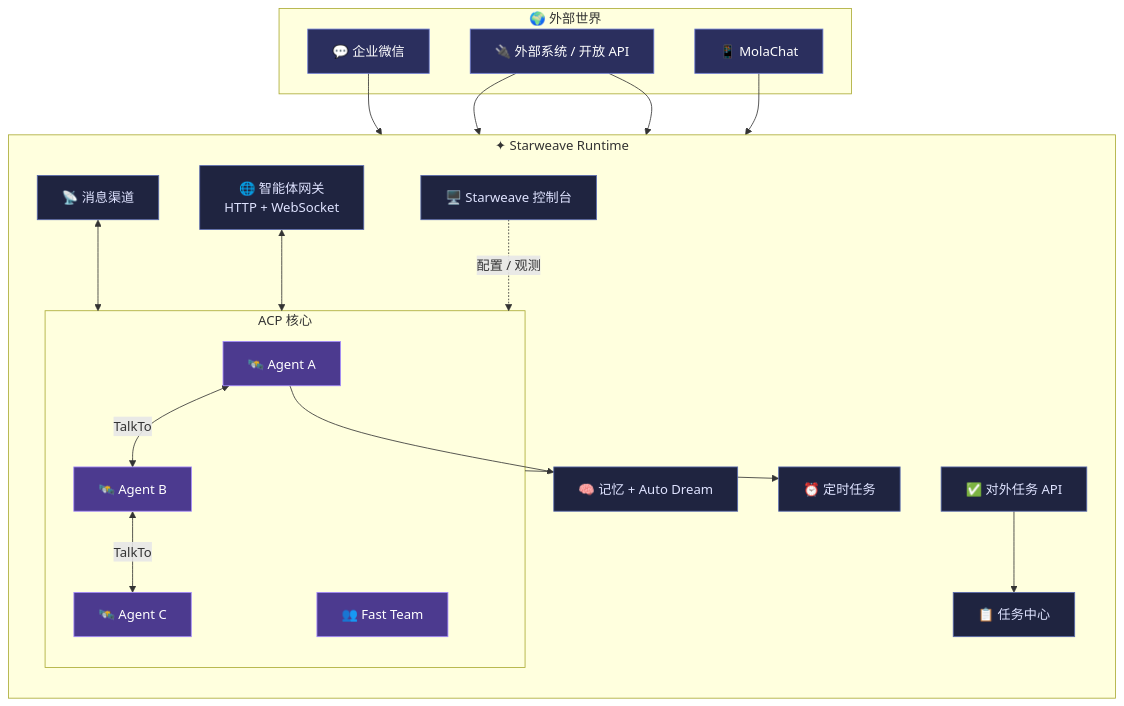
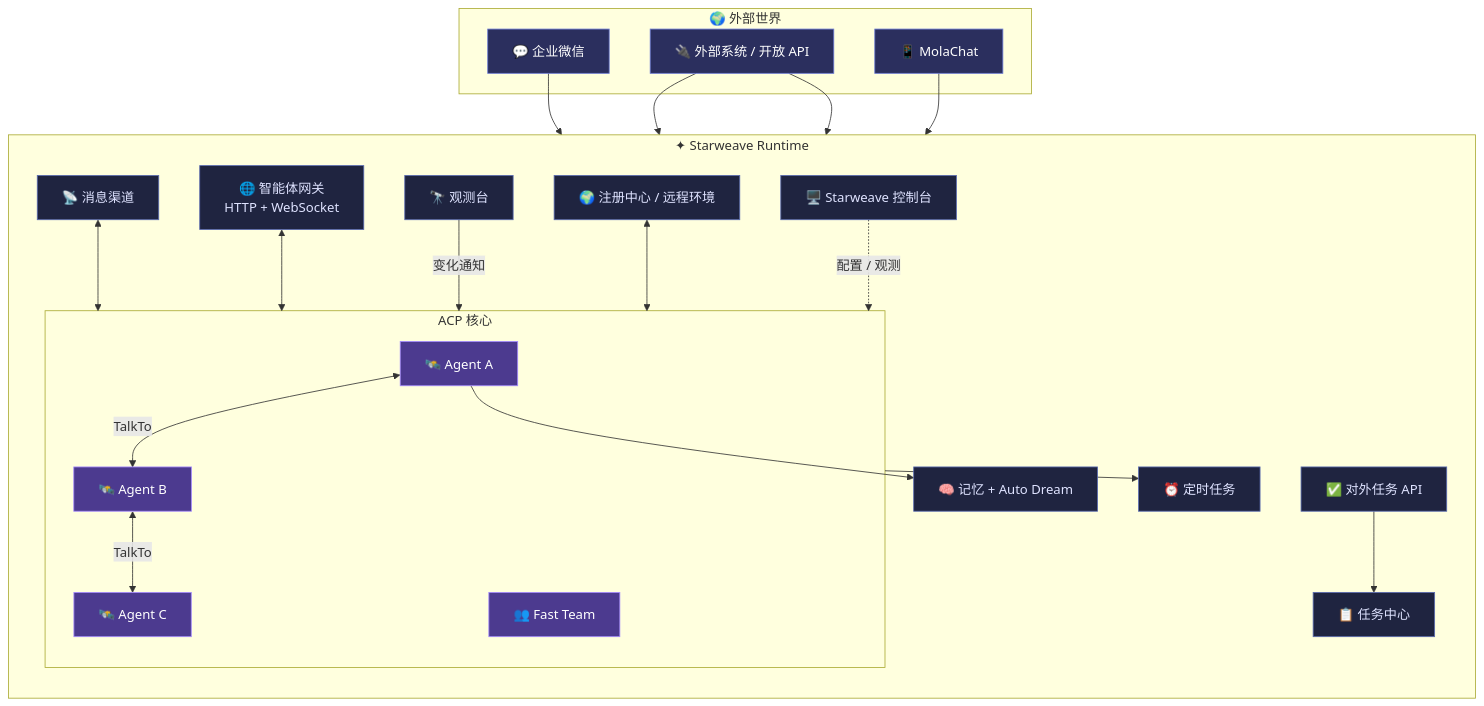
One commit to molamolaxxx/Starweave changed the diagram in README.md. Above: the diagram before and after it, drawn with Mermaid. The commit also changed other lines of this file and 31 other files, not shown here.

````diff
--- a/README.md
+++ b/README.md
@@ -60,47 +63,51 @@
 ```mermaid
 flowchart TB
     subgraph World["🌍 外部世界"]
         WC["💬 企业微信"]
         EXT["🔌 外部系统 / 开放 API"]
         MC["📱 MolaChat"]
     end
 
     subgraph SW["✦ Starweave Runtime"]
         direction TB
         GW["🌐 智能体网关<br/>HTTP + WebSocket"]
         CH["📡 消息渠道"]
         API["✅ 对外任务 API"]
 
         subgraph Core["ACP 核心"]
             A1["🛰️ Agent A"]
             A2["🛰️ Agent B"]
             A3["🛰️ Agent C"]
             T["👥 Fast Team"]
         end
 
         MEM["🧠 记忆 + Auto Dream"]
         SCH["⏰ 定时任务"]
+        OBS["🔭 观测台"]
+        REG["🌍 注册中心 / 远程环境"]
         TASK["📋 任务中心"]
         UI["🖥️ Starweave 控制台"]
     end
 
     WC --> CH
     EXT --> GW
     EXT --> API
     MC --> Core
     CH <--> Core
     GW <--> Core
     A1 <-->|TalkTo| A2
     A2 <-->|TalkTo| A3
     A1 --> MEM
     Core --> SCH
+    OBS -->|变化通知| Core
+    REG <--> Core
     API --> TASK
     UI -.配置 / 观测.-> Core
 
     classDef world fill:#2b2f5e,stroke:#6c7bd4,color:#fff
     classDef core fill:#4c3a8f,stroke:#a58bff,color:#fff
     classDef side fill:#1f2440,stroke:#5a6bb0,color:#dfe3ff
     class WC,EXT,MC world
     class A1,A2,A3,T core
-    class GW,CH,API,MEM,SCH,TASK,UI side
+    class GW,CH,API,MEM,SCH,OBS,REG,TASK,UI side
 ```
````
